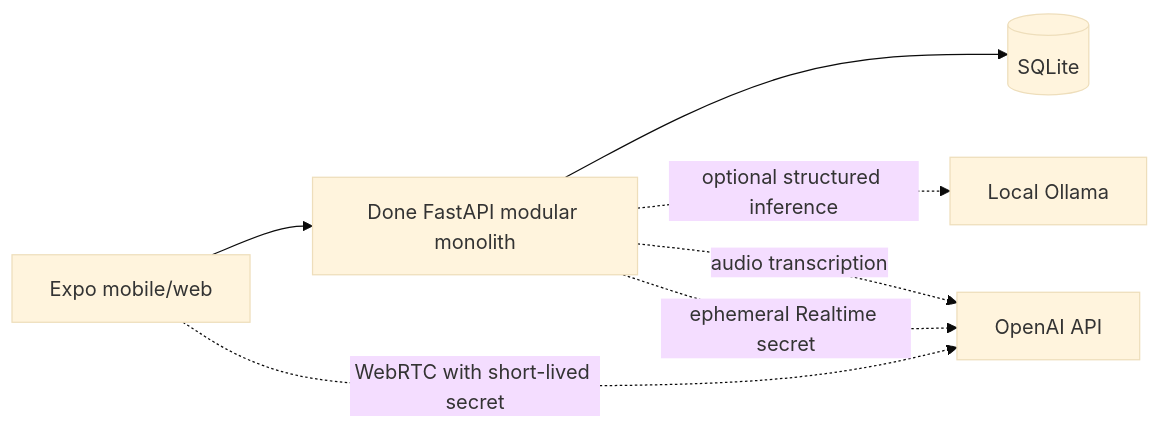
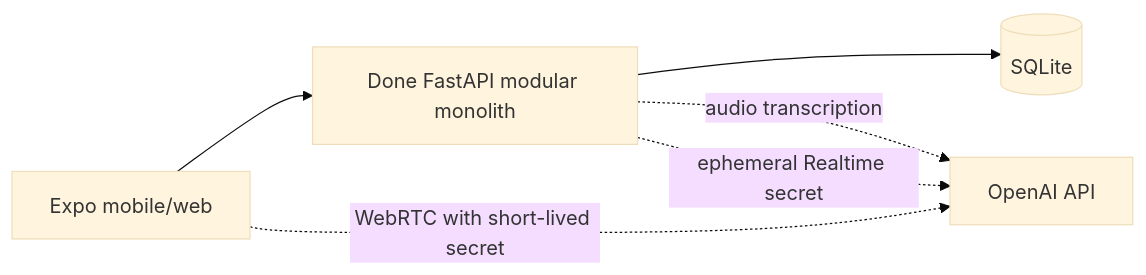
Before and after one commit to pawelkonior/done: the diagram in docs/architecture.md, drawn with Mermaid (base theme). The commit also changed other lines of this file and 37 other files, not shown here.

````diff
--- a/docs/architecture.md
+++ b/docs/architecture.md
@@ -12,9 +12,8 @@
 ```mermaid
 flowchart LR
     Mobile["Expo mobile/web"] --> API["Done FastAPI modular monolith"]
     API --> DB[("SQLite")]
-    API -. "optional structured inference" .-> Ollama["Local Ollama"]
     API -. "audio transcription" .-> OpenAI["OpenAI API"]
     API -. "ephemeral Realtime secret" .-> OpenAI
     Mobile -. "WebRTC with short-lived secret" .-> OpenAI
 ```
````
